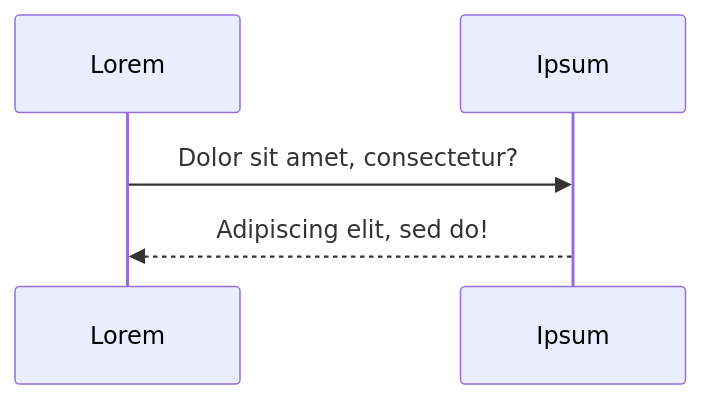
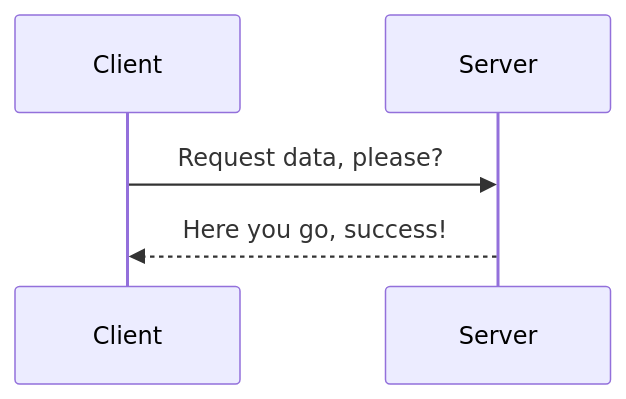
Before and after one commit to ShyAssassin/assassin.dev: the third of 6 diagrams in src/lib/posts/000-markdown-test/index.md, drawn with Mermaid. The commit also changed other lines of this file, not shown here.

````diff
--- a/src/lib/posts/000-markdown-test/index.md
+++ b/src/lib/posts/000-markdown-test/index.md
@@ -106,7 +153,7 @@
 ```mermaid
 sequenceDiagram
-    participant Lorem
-    participant Ipsum
-    Lorem->>Ipsum: Dolor sit amet, consectetur?
-    Ipsum-->>Lorem: Adipiscing elit, sed do!
+    participant Client
+    participant Server
+    Client->>Server: Request data, please?
+    Server-->>Client: Here you go, success!
 ```
````
